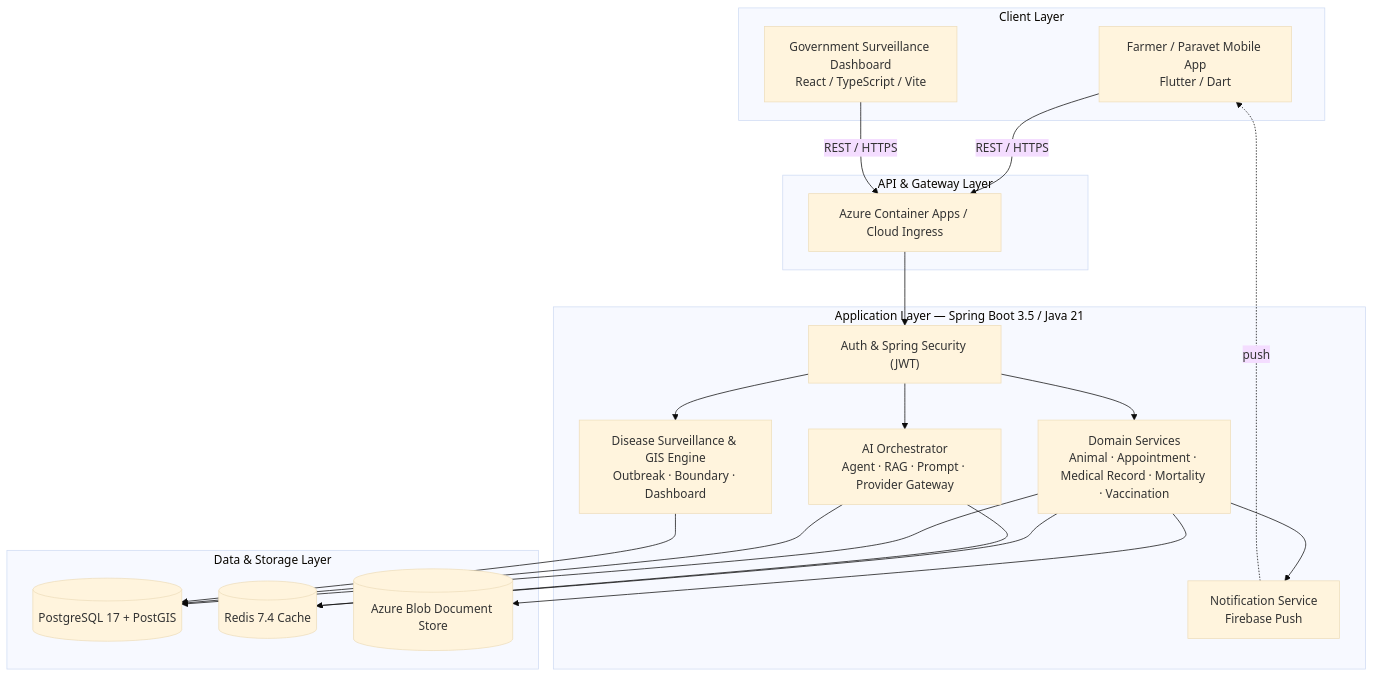
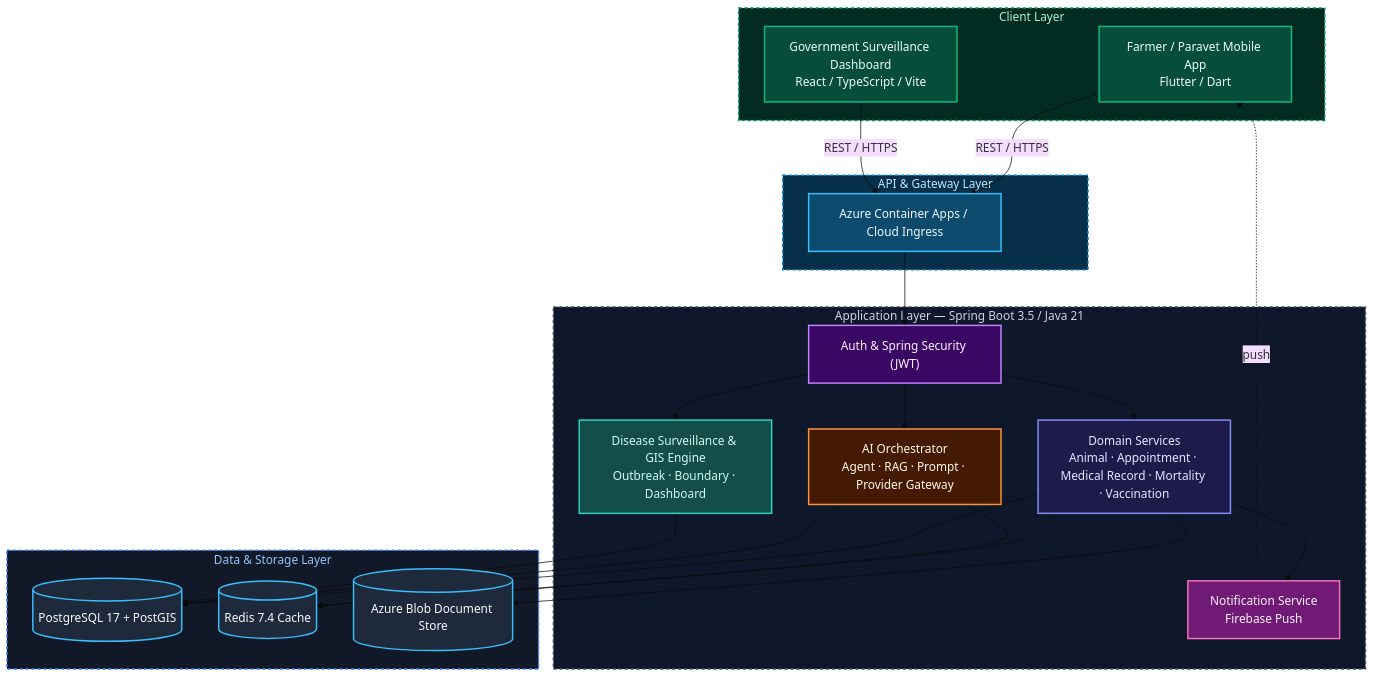
Before and after one commit to omrajput14/pashu-sathii: the diagram in README.md, drawn with Mermaid (base theme).

Commit message:
docs(architecture): enhance system architecture diagram with color-coded layer styling

````diff
--- a/README.md
+++ b/README.md
@@ -126,40 +126,54 @@
 ```mermaid
 graph TD
-    subgraph "Client Layer"
-        FA["Farmer / Paravet Mobile App<br/>Flutter / Dart"]
-        GD["Government Surveillance Dashboard<br/>React / TypeScript / Vite"]
+    classDef client fill:#064e3b,stroke:#10b981,stroke-width:2px,color:#ecfdf5;
+    classDef gateway fill:#0c4a6e,stroke:#38bdf8,stroke-width:2px,color:#f0f9ff;
+    classDef security fill:#3b0764,stroke:#c084fc,stroke-width:2px,color:#faf5ff;
+    classDef domain fill:#1e1b4b,stroke:#818cf8,stroke-width:2px,color:#e0e7ff;
+    classDef ai fill:#451a03,stroke:#fb923c,stroke-width:2px,color:#fff7ed;
+    classDef gis fill:#134e4a,stroke:#2dd4bf,stroke-width:2px,color:#ccfbf1;
+    classDef notif fill:#701a75,stroke:#f472b6,stroke-width:2px,color:#fdf2f8;
+    classDef storage fill:#1e293b,stroke:#38bdf8,stroke-width:2px,color:#f8fafc;
+
+    subgraph Client ["  Client Layer  "]
+        FA["Farmer / Paravet Mobile App<br/>Flutter / Dart"]:::client
+        GD["Government Surveillance Dashboard<br/>React / TypeScript / Vite"]:::client
     end
 
-    subgraph "API & Gateway Layer"
-        AG["Azure Container Apps / Cloud Ingress"]
+    subgraph Gateway ["  API & Gateway Layer  "]
+        AG["Azure Container Apps / Cloud Ingress"]:::gateway
     end
 
-    subgraph "Application Layer — Spring Boot 3.5 / Java 21"
-        SEC["Auth & Spring Security (JWT)"]
-        CORE["Domain Services<br/>Animal · Appointment · Medical Record · Mortality · Vaccination"]
-        AI["AI Orchestrator<br/>Agent · RAG · Prompt · Provider Gateway"]
-        GEO["Disease Surveillance & GIS Engine<br/>Outbreak · Boundary · Dashboard"]
-        NOTIF["Notification Service<br/>Firebase Push"]
+    subgraph AppLayer ["  Application Layer — Spring Boot 3.5 / Java 21  "]
+        SEC["Auth & Spring Security (JWT)"]:::security
+        CORE["Domain Services<br/>Animal · Appointment · Medical Record · Mortality · Vaccination"]:::domain
+        AI["AI Orchestrator<br/>Agent · RAG · Prompt · Provider Gateway"]:::ai
+        GEO["Disease Surveillance & GIS Engine<br/>Outbreak · Boundary · Dashboard"]:::gis
+        NOTIF["Notification Service<br/>Firebase Push"]:::notif
     end
 
-    subgraph "Data & Storage Layer"
-        PG[("PostgreSQL 17 + PostGIS")]
-        RD[("Redis 7.4 Cache")]
-        BLOB[("Azure Blob Document Store")]
+    subgraph DataLayer ["  Data & Storage Layer  "]
+        PG[("PostgreSQL 17 + PostGIS")]:::storage
+        RD[("Redis 7.4 Cache")]:::storage
+        BLOB[("Azure Blob Document Store")]:::storage
     end
 
     FA -->|REST / HTTPS| AG
     GD -->|REST / HTTPS| AG
     AG --> SEC
     SEC --> CORE
     SEC --> AI
     SEC --> GEO
     CORE --> PG
     AI --> PG
     GEO --> PG
     CORE --> RD
     AI --> RD
     CORE --> BLOB
     NOTIF -.->|push| FA
     CORE --> NOTIF
+
+    style Client fill:#022c22,stroke:#059669,stroke-width:2px,color:#a7f3d0,stroke-dasharray: 4 4
+    style Gateway fill:#082f49,stroke:#0284c7,stroke-width:2px,color:#bae6fd,stroke-dasharray: 4 4
+    style AppLayer fill:#0f172a,stroke:#475569,stroke-width:2px,color:#cbd5e1,stroke-dasharray: 4 4
+    style DataLayer fill:#111827,stroke:#3b82f6,stroke-width:2px,color:#93c5fd,stroke-dasharray: 4 4
 ```
````
